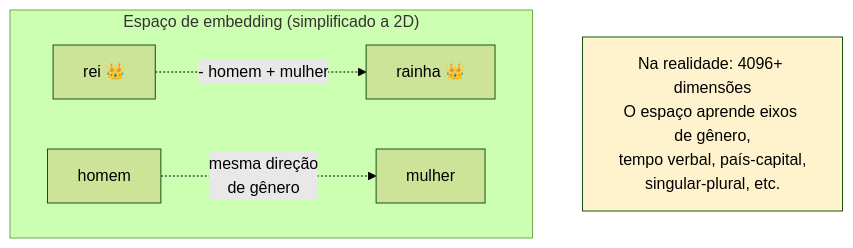
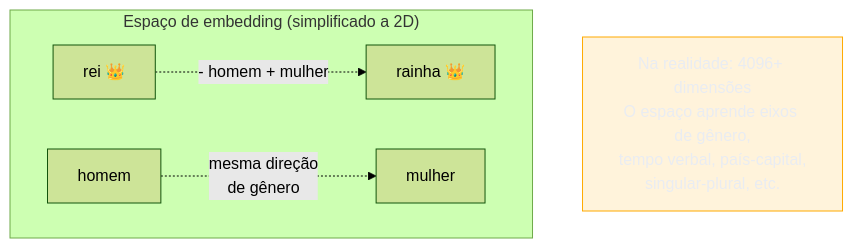
One commit to josenaldo/codex-technomanticus changed the first of 2 diagrams in 03-Dominios/Tecnologia/IA/Anatomia dos LLMs/03 - Embeddings — do token ao vetor.md. Above: the diagram before and after it, drawn with Mermaid (forest theme). The commit also changed 1181 other files, not shown here.

First line of the commit message:
fix(diagramas): paleta do sistema no lugar de cor cravada no markdown

````diff
--- a/03-Dominios/Tecnologia/IA/Anatomia dos LLMs/03 - Embeddings — do token ao vetor.md
+++ b/03-Dominios/Tecnologia/IA/Anatomia dos LLMs/03 - Embeddings — do token ao vetor.md
@@ -75,13 +75,14 @@
 ```mermaid
 graph TD
+    classDef destaque fill:#FFAA0024,stroke:#FFAA00,color:#E9ECF2
     subgraph "Espaço de embedding (simplificado a 2D)"
         REI["rei 👑"]
         RAINHA["rainha 👑"]
         HOMEM["homem"]
         MULHER["mulher"]
         REI -. "- homem + mulher" .-> RAINHA
         HOMEM -. "mesma direção\nde gênero" .-> MULHER
     end
     note["Na realidade: 4096+ dimensões\nO espaço aprende eixos de gênero,\ntempo verbal, país-capital,\nsingular-plural, etc."]
-    style note fill:#fff3cd
+    class note destaque
 ```
````
